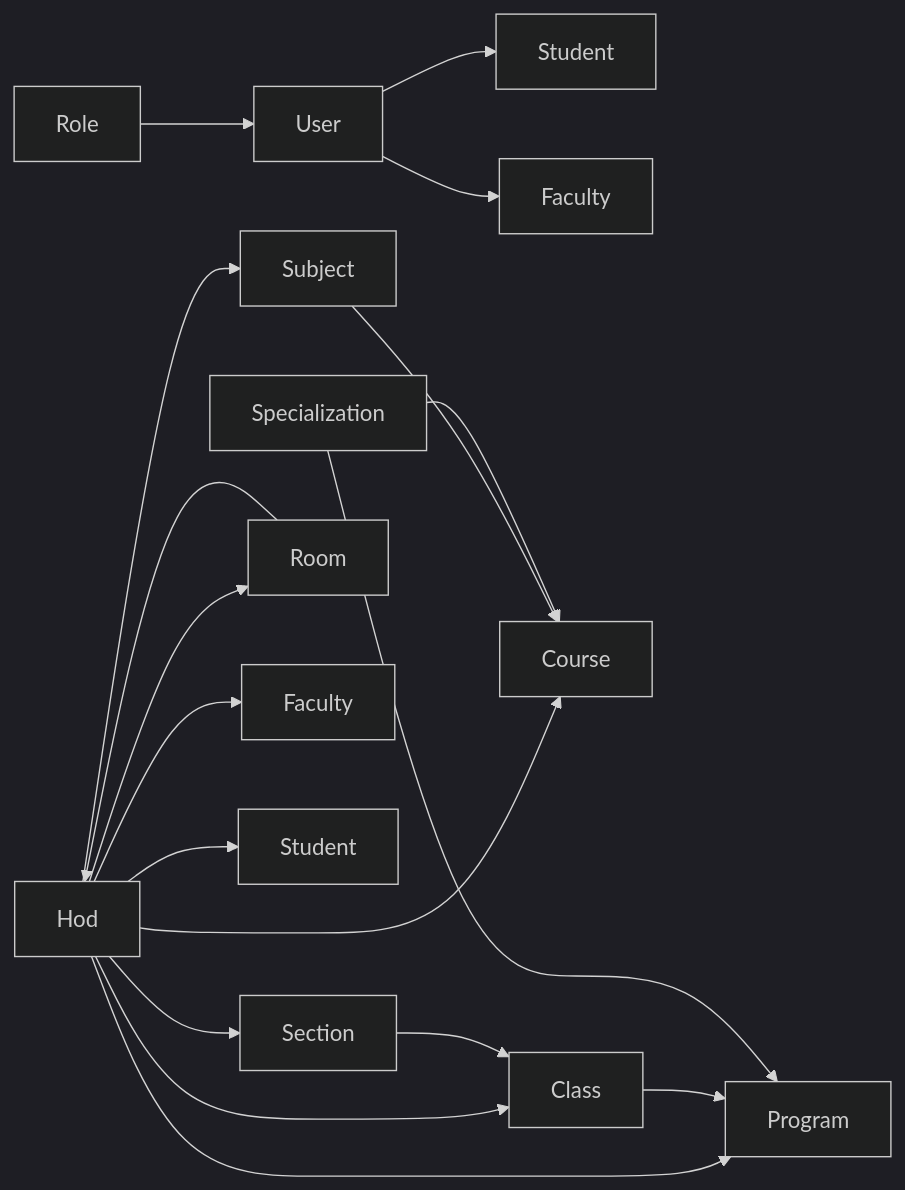
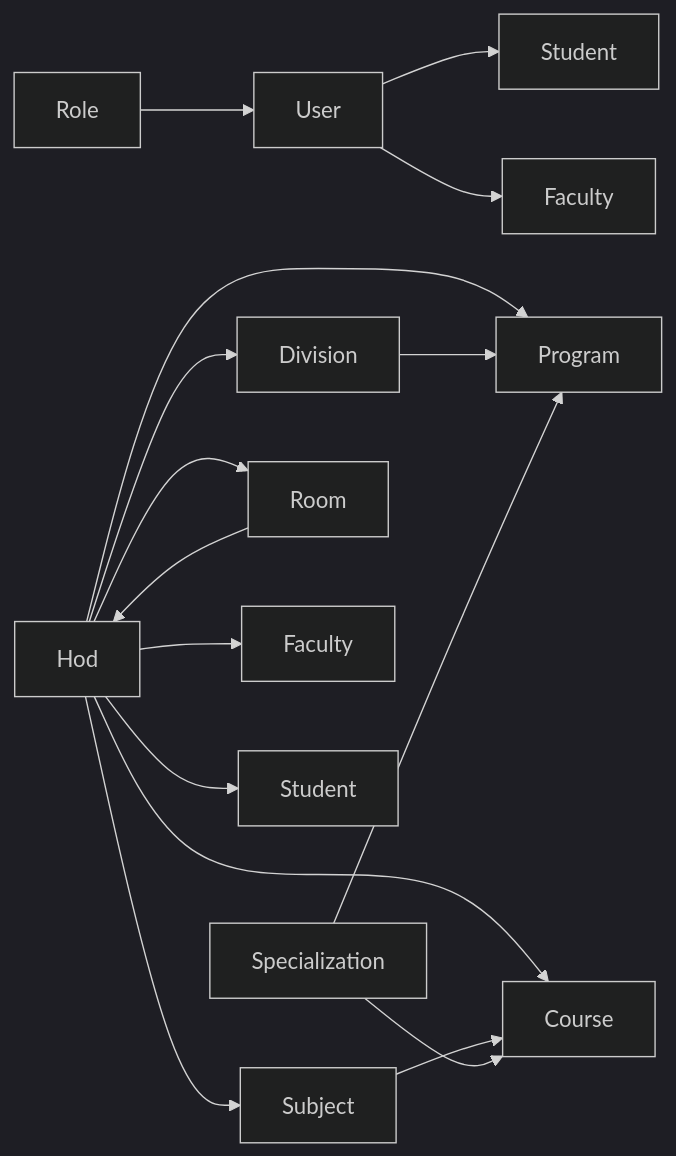
Before and after one commit to Aryan9060/Timetable-Project: the sixth of 6 diagrams in .qoder/repowiki/en/content/Data Models & Database Schema/Database Relationships & Constraints.md, drawn with Mermaid (dark theme). The commit also changed other lines of this file and 22 other files, not shown here.

````diff
--- a/.qoder/repowiki/en/content/Data Models & Database Schema/Database Relationships & Constraints.md
+++ b/.qoder/repowiki/en/content/Data Models & Database Schema/Database Relationships & Constraints.md
@@ -455,20 +479,18 @@
 ```mermaid
 graph LR
 U["User"] --> S["Student"]
 U --> F["Faculty"]
 R["Role"] --> U
 H["Hod"] --> P["Program"]
 H --> C["Course"]
-H --> Cl["Class"]
-H --> Sec["Section"]
+H --> D["Division"]
 H --> Sub["Subject"]
 H --> Ro["Room"]
 H --> Fa["Faculty"]
 H --> St["Student"]
-Cl --> P
-Sec --> Cl
+D --> P
 Sub --> C
 Sp["Specialization"] --> P
 Sp --> C
 Ro --> H
 ```
````
